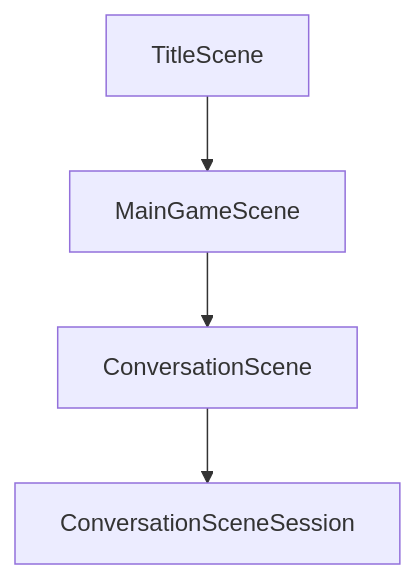
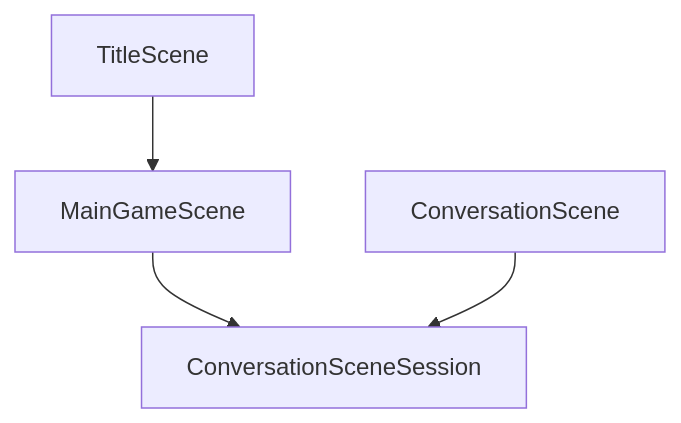
One commit to hachimitu22/negima-festival changed the diagram in docs/詳細設計/ドメイン/シーン/README.md. Above: the diagram before and after it, drawn with Mermaid. The commit also changed other lines of this file and 20 other files, not shown here.

````diff
--- a/docs/詳細設計/ドメイン/シーン/README.md
+++ b/docs/詳細設計/ドメイン/シーン/README.md
@@ -16,6 +16,6 @@
 ```mermaid
 flowchart TB
   TitleScene --> MainGameScene
-  MainGameScene --> ConversationScene
+  MainGameScene --> ConversationSceneSession
   ConversationScene --> ConversationSceneSession
 ```
````
